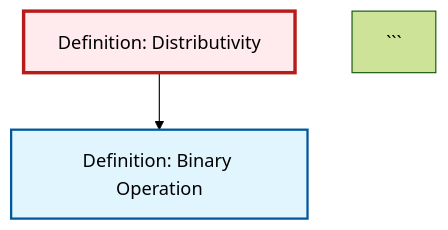
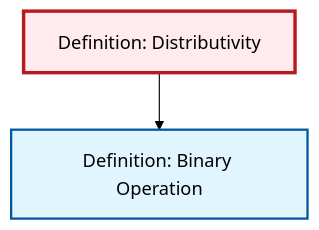
Before and after one commit to RK0429/ModernMath: the diagram in output/mermaid/def-distributivity.mermaid, drawn with Mermaid (forest theme). The commit also changed 1197 other files, not shown here.

````diff
--- a/output/mermaid/def-distributivity.mermaid
+++ b/output/mermaid/def-distributivity.mermaid
@@ -1,12 +1,11 @@
 %%| fig-cap: "Local dependency graph"
 graph TD
     classDef definition fill:#e1f5fe,stroke:#01579b,stroke-width:2px
     classDef theorem fill:#f3e5f5,stroke:#4a148c,stroke-width:2px
     classDef axiom fill:#fff3e0,stroke:#e65100,stroke-width:2px
     classDef example fill:#e8f5e9,stroke:#1b5e20,stroke-width:2px
     classDef current fill:#ffebee,stroke:#b71c1c,stroke-width:3px
+    def-binary-operation["Definition: Binary Operation"]:::definition
     def-distributivity["Definition: Distributivity"]:::definition
-    def-binary-operation["Definition: Binary Operation"]:::definition
     def-distributivity --> def-binary-operation
     class def-distributivity current
-```
````
